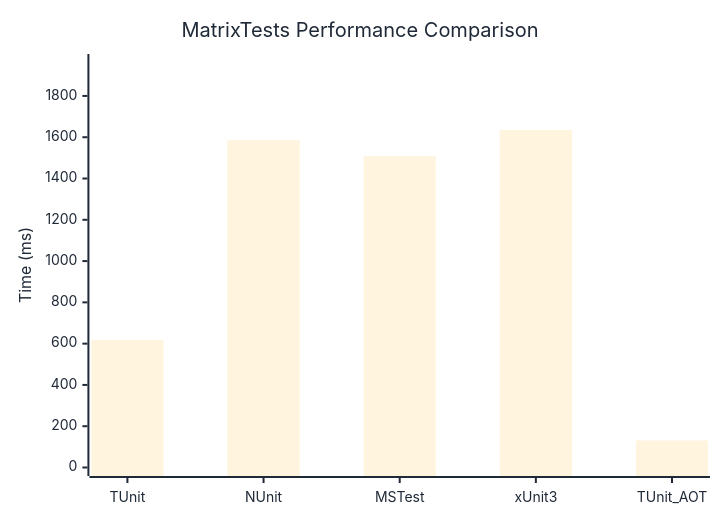
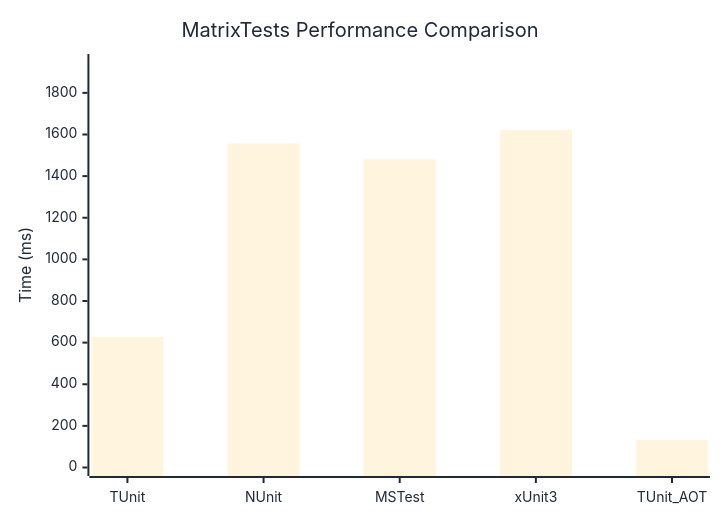
Before and after one commit to thomhurst/TUnit: the diagram in docs/docs/benchmarks/MatrixTests.md, drawn with Mermaid. The commit also changed other lines of this file and 17 other files, not shown here.

````diff
--- a/docs/docs/benchmarks/MatrixTests.md
+++ b/docs/docs/benchmarks/MatrixTests.md
@@ -27,37 +27,37 @@
 ```mermaid
 %%{init: {
   'theme':'base',
   'themeVariables': {
     'primaryColor': '#2563eb',
     'primaryTextColor': '#1f2937',
     'primaryBorderColor': '#1e40af',
     'lineColor': '#6b7280',
     'secondaryColor': '#7c3aed',
     'tertiaryColor': '#dc2626',
     'background': '#ffffff',
     'mainBkg': '#2563eb',
     'secondBkg': '#7c3aed',
     'tertiaryBkg': '#dc2626',
     'clusterBkg': '#f3f4f6',
     'edgeLabelBackground': '#ffffff',
     'tertiaryTextColor': '#1f2937',
     'pie1': '#2563eb',
     'pie2': '#7c3aed',
     'pie3': '#dc2626',
     'pie4': '#f59e0b',
     'pie5': '#10b981',
     'pie6': '#06b6d4',
     'pie7': '#ec4899',
     'pie8': '#6366f1',
     'pie9': '#84cc16',
     'pie10': '#f97316',
     'pie11': '#14b8a6',
     'pie12': '#a855f7'
   }
 }}%%
 xychart-beta
   title "MatrixTests Performance Comparison"
   x-axis ["TUnit", "NUnit", "MSTest", "xUnit3", "TUnit_AOT"]
-  y-axis "Time (ms)" 0 --> 1962
-  bar [617.7, 1585.8, 1508, 1634.9, 130.9]
+  y-axis "Time (ms)" 0 --> 1946
+  bar [627.9, 1556.4, 1480.8, 1621, 132.5]
 ```
````
